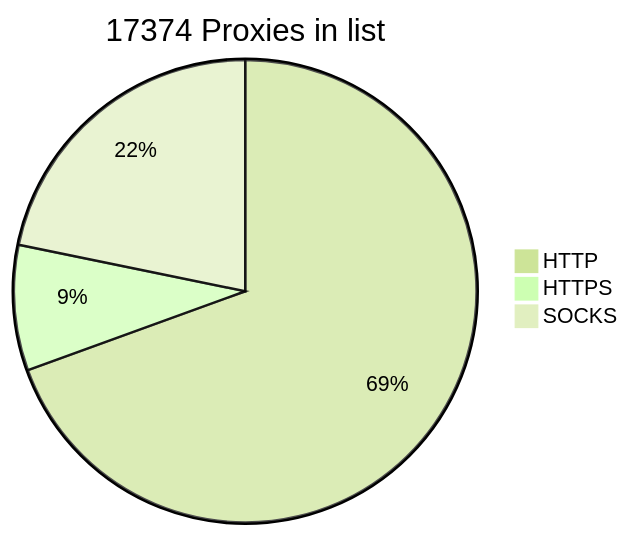
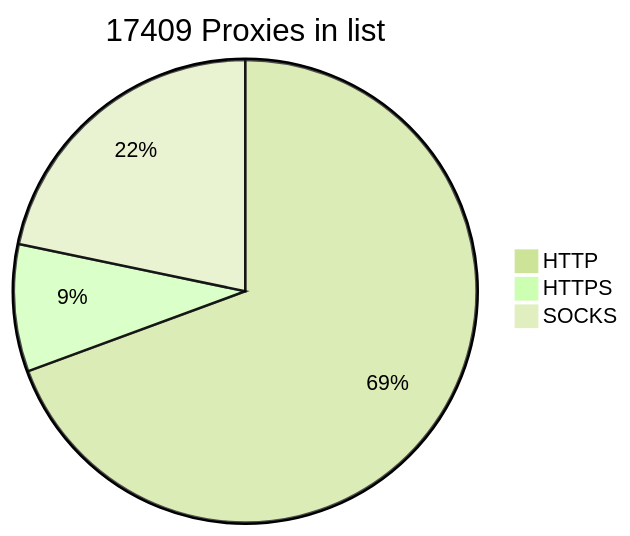
One commit to BlackSnowDot/proxylist-update-every-minute changed the diagram in README.md. Above: the diagram before and after it, drawn with Mermaid (forest theme). The commit also changed other lines of this file, not shown here.

````diff
--- a/README.md
+++ b/README.md
@@ -2,6 +2,6 @@
 ```mermaid
-pie title 17374 Proxies in list
-    "HTTP" : 12431
-    "HTTPS": 1568
+pie title 17409 Proxies in list
+    "HTTP" : 12449
+    "HTTPS": 1595
     "SOCKS" : 3898
 ```
````
